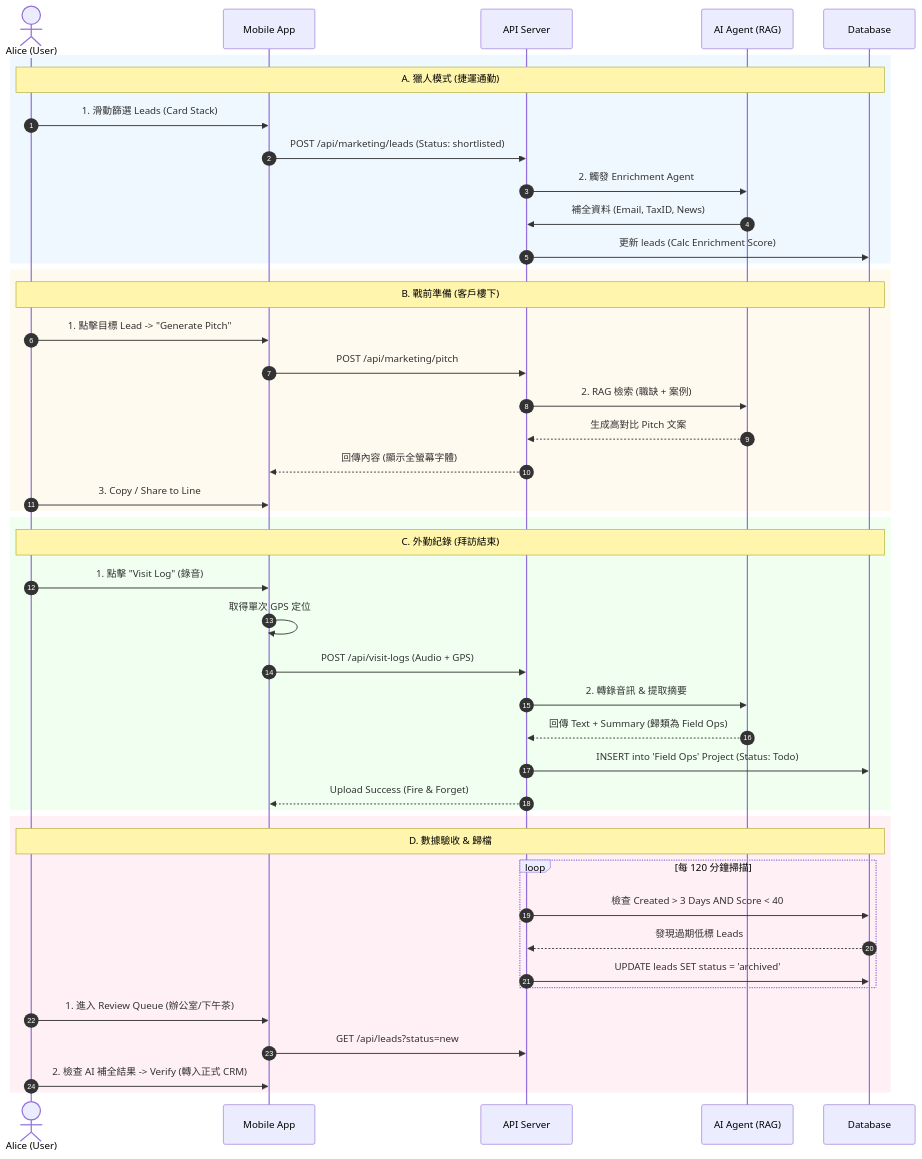
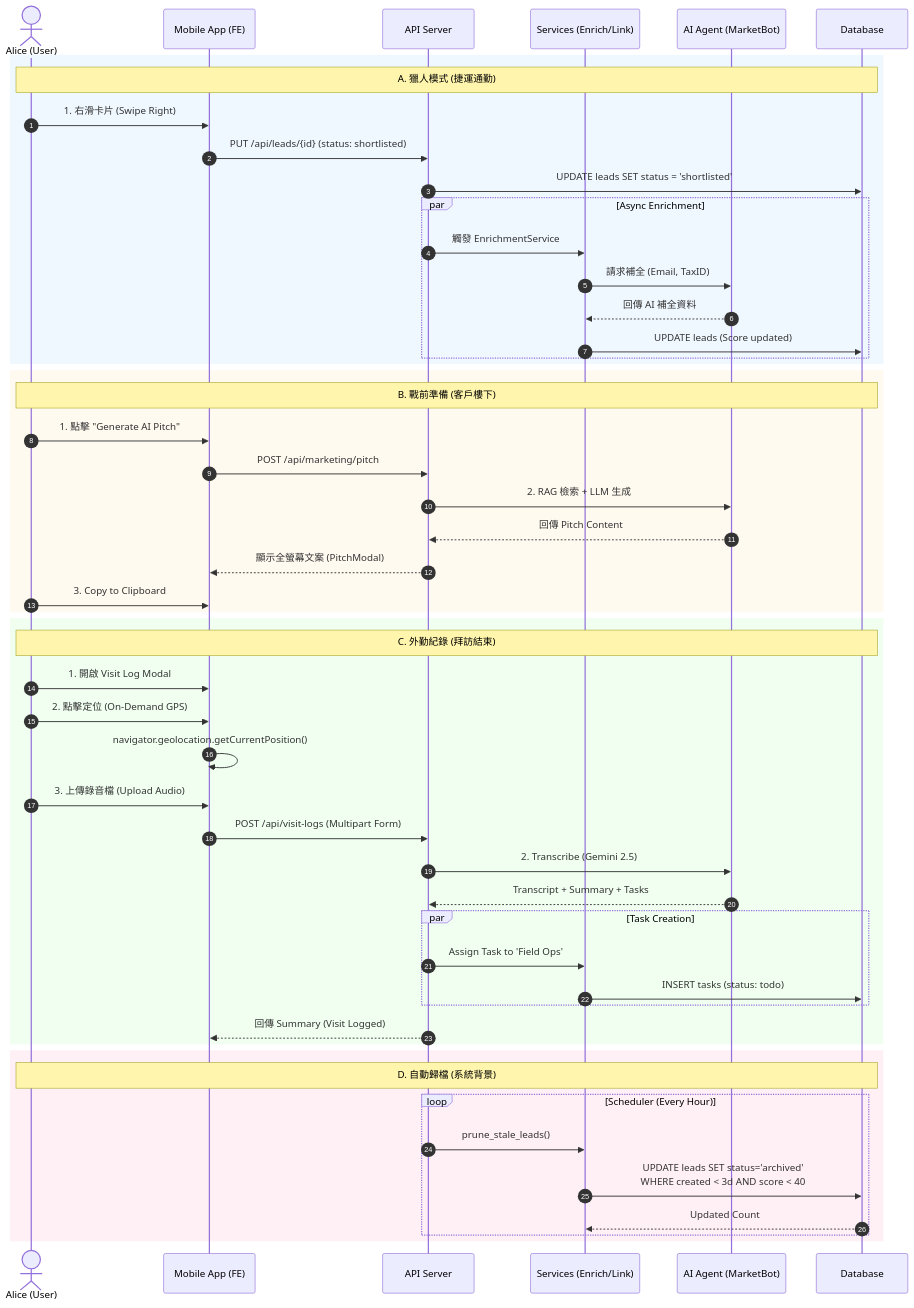
The diagram in PRPs/Phase_4.6.1_Alice_Persona_Workflows.md (info-vin/Archon), drawn with Mermaid before and after one commit. The commit also changed other lines of this file and 6 other files, not shown here.

````diff
--- a/PRPs/Phase_4.6.1_Alice_Persona_Workflows.md
+++ b/PRPs/Phase_4.6.1_Alice_Persona_Workflows.md
@@ -90,111 +79,66 @@
 ```mermaid
-
 sequenceDiagram
-
     autonumber
-
     actor Alice as Alice (User)
-
-    participant App as Mobile App
-
+    participant App as Mobile App (FE)
     participant Backend as API Server
-
-    participant Agent as AI Agent (RAG)
-
+    participant Service as Services (Enrich/Link)
+    participant MarketBot as AI Agent (MarketBot)
     participant DB as Database
 
-
-
     %% Scenario A: Hunter Mode
-
     rect rgb(240, 248, 255)
-
     note over Alice, DB: A. 獵人模式 (捷運通勤)
-
-    Alice->>App: 1. 滑動篩選 Leads (Card Stack)
-
-    App->>Backend: POST /api/marketing/leads (Status: shortlisted)
-
-    Backend->>Agent: 2. 觸發 Enrichment Agent
-
-    Agent->>Backend: 補全資料 (Email, TaxID, News)
-
-    Backend->>DB: 更新 leads (Calc Enrichment Score)
-
+    Alice->>App: 1. 右滑卡片 (Swipe Right)
+    App->>Backend: PUT /api/leads/{id} (status: shortlisted)
+    Backend->>DB: UPDATE leads SET status = 'shortlisted'
+    
+    par Async Enrichment
+        Backend->>Service: 觸發 EnrichmentService
+        Service->>MarketBot: 請求補全 (Email, TaxID)
+        MarketBot-->>Service: 回傳 AI 補全資料
+        Service->>DB: UPDATE leads (Score updated)
+    end
     end
 
-
-
     %% Scenario B: Pitch Mode
-
     rect rgb(255, 250, 240)
-
     note over Alice, DB: B. 戰前準備 (客戶樓下)
-
-    Alice->>App: 1. 點擊目標 Lead -> "Generate Pitch"
-
+    Alice->>App: 1. 點擊 "Generate AI Pitch"
     App->>Backend: POST /api/marketing/pitch
-
-    Backend->>Agent: 2. RAG 檢索 (職缺 + 案例)
-
-    Agent-->>Backend: 生成高對比 Pitch 文案
-
-    Backend-->>App: 回傳內容 (顯示全螢幕字體)
-
-    Alice->>App: 3. Copy / Share to Line
-
+    Backend->>MarketBot: 2. RAG 檢索 + LLM 生成
+    MarketBot-->>Backend: 回傳 Pitch Content
+    Backend-->>App: 顯示全螢幕文案 (PitchModal)
+    Alice->>App: 3. Copy to Clipboard
     end
 
-
-
-    %% Scenario C: Field Ops (Voice-to-Task)
-
+    %% Scenario C: Field Ops (Visit Log)
     rect rgb(240, 255, 240)
-
     note over Alice, DB: C. 外勤紀錄 (拜訪結束)
-
-    Alice->>App: 1. 點擊 "Visit Log" (錄音)
-
-    App->>App: 取得單次 GPS 定位
-
-    App->>Backend: POST /api/visit-logs (Audio + GPS)
-
-    Backend->>Agent: 2. 轉錄音訊 & 提取摘要
-
-    Agent-->>Backend: 回傳 Text + Summary (歸類為 Field Ops)
-
-    Backend->>DB: INSERT into 'Field Ops' Project (Status: Todo)
-
-    Backend-->>App: Upload Success (Fire & Forget)
-
+    Alice->>App: 1. 開啟 Visit Log Modal
+    Alice->>App: 2. 點擊定位 (On-Demand GPS)
+    App->>App: navigator.geolocation.getCurrentPosition()
+    Alice->>App: 3. 上傳錄音檔 (Upload Audio)
+    App->>Backend: POST /api/visit-logs (Multipart Form)
+    
+    Backend->>MarketBot: 2. Transcribe (Gemini 2.5)
+    MarketBot-->>Backend: Transcript + Summary + Tasks
+    
+    par Task Creation
+        Backend->>Service: Assign Task to 'Field Ops'
+        Service->>DB: INSERT tasks (status: todo)
+    end
+    
+    Backend-->>App: 回傳 Summary (Visit Logged)
     end
 
-
-
-    %% Scenario D: Enrichment Loop (With Pruning)
-
+    %% Scenario D: Pruning Loop (No Agent)
     rect rgb(255, 240, 245)
-
-    note over Alice, DB: D. 數據驗收 & 歸檔
-
-    loop 每 120 分鐘掃描
-
-        Backend->>DB: 檢查 Created > 3 Days AND Score < 40
-
-        DB-->>Backend: 發現過期低標 Leads
-
-        Backend->>DB: UPDATE leads SET status = 'archived'
-
+    note over Alice, DB: D. 自動歸檔 (系統背景)
+    loop Scheduler (Every Hour)
+        Backend->>Service: prune_stale_leads()
+        Service->>DB: UPDATE leads SET status='archived'<br/>WHERE created < 3d AND score < 40
+        DB-->>Service: Updated Count
     end
-
-    
-
-    Alice->>App: 1. 進入 Review Queue (辦公室/下午茶)
-
-    App->>Backend: GET /api/leads?status=new
-
-    Alice->>App: 2. 檢查 AI 補全結果 -> Verify (轉入正式 CRM)
-
     end
-
 ```
````
